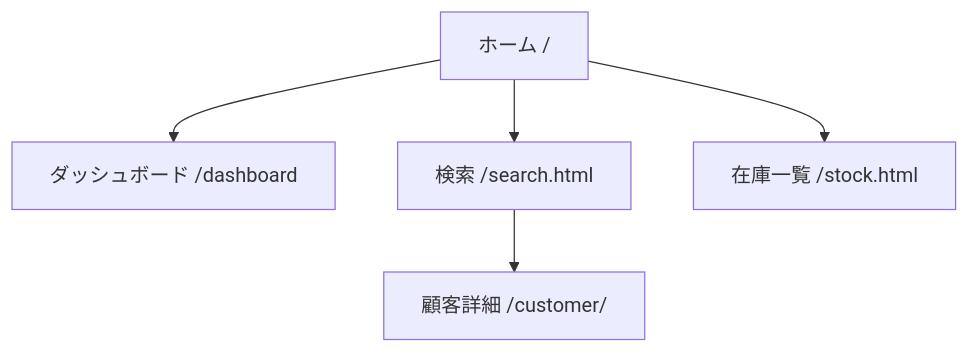
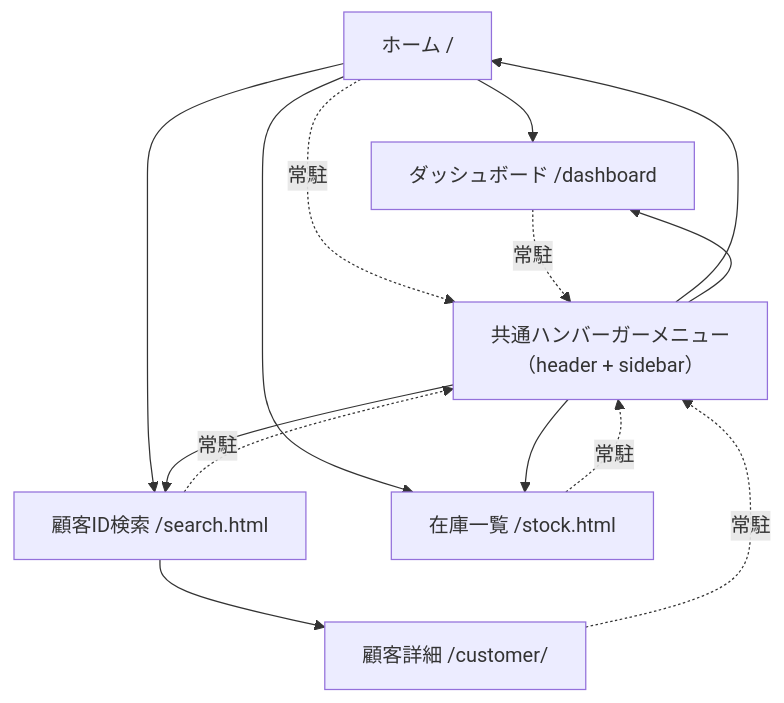
Before and after one commit to 31916/jikken3-kai: the diagram in docs/screen_flow.md, drawn with Mermaid. The commit also changed 1 other file, not shown here.

Commit message:
画面繊維変更

````diff
--- a/docs/screen_flow.md
+++ b/docs/screen_flow.md
@@ -17,10 +17,36 @@
 ```mermaid
 flowchart TD
 
-A[ホーム /] --> B[ダッシュボード /dashboard]
-A --> C[検索 /search.html]
-A --> D[在庫一覧 /stock.html]
+%% 画面ノード
+A[ホーム /]
+B[ダッシュボード /dashboard]
+C[顧客ID検索 /search.html]
+D[在庫一覧 /stock.html]
+E[顧客詳細 /customer/<id>]
 
-C --> E[顧客詳細 /customer/<id>]
+%% 共通ナビ（全画面に常駐するUI）
+H[共通ハンバーガーメニュー<br/>（header + sidebar）]
+
+%% ホームからの遷移
+A --> B
+A --> C
+A --> D
+
+%% 共通ナビからの遷移（全ページで可能）
+H --> A
+H --> B
+H --> C
+H --> D
+
+%% 各ページに共通ナビがあることを明示（点線＝UI常駐）
+A -.常駐.-> H
+B -.常駐.-> H
+C -.常駐.-> H
+D -.常駐.-> H
+E -.常駐.-> H
+
+%% 個別遷移
+C --> E
+
 
 ```
````
